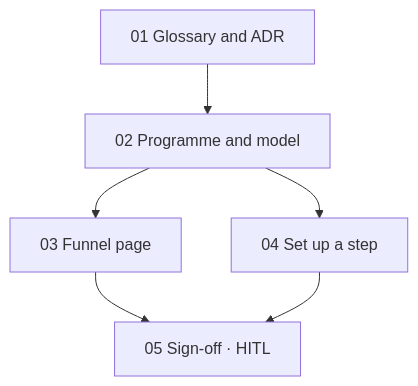
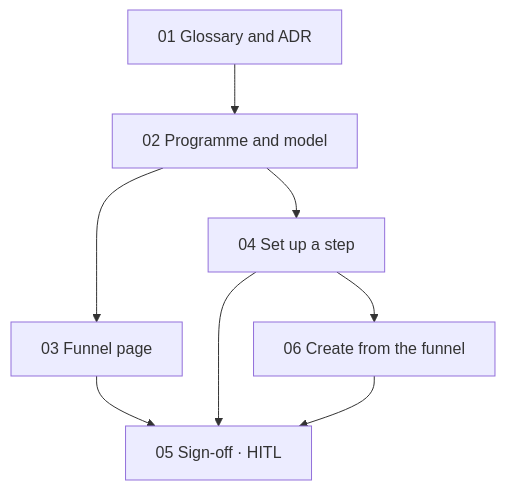
One commit to ivanyeors/mp changed the diagram in .claude/PRD-email-funnel/issues/README.md. Above: the diagram before and after it, drawn with Mermaid. The commit also changed other lines of this file and 4 other files, not shown here.

First line of the commit message:
Email funnel: a marketer's workspace — the funnel as a picture, emails as they look, create from it

````diff
--- a/.claude/PRD-email-funnel/issues/README.md
+++ b/.claude/PRD-email-funnel/issues/README.md
@@ -19,8 +20,10 @@
 ```mermaid
 graph TD
   s01[01 Glossary and ADR] --> s02[02 Programme and model]
   s02 --> s03[03 Funnel page]
   s02 --> s04[04 Set up a step]
+  s04 --> s06[06 Create from the funnel]
   s03 --> s05[05 Sign-off · HITL]
   s04 --> s05
+  s06 --> s05
 ```
````
